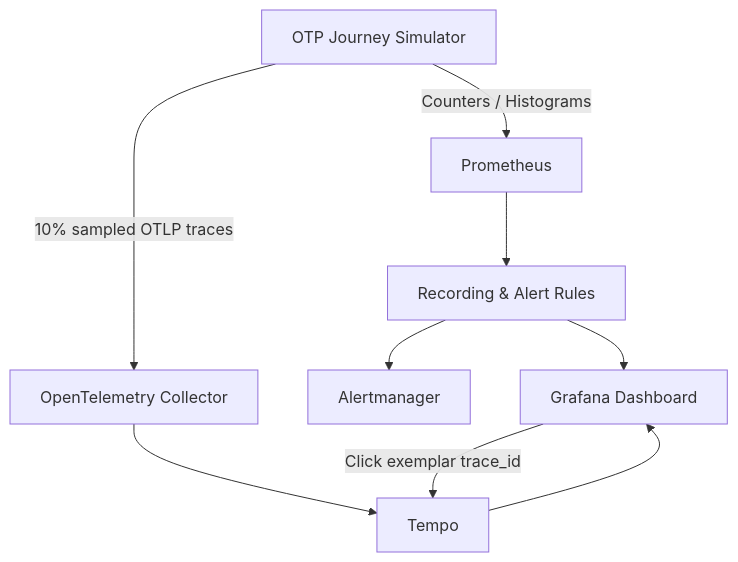
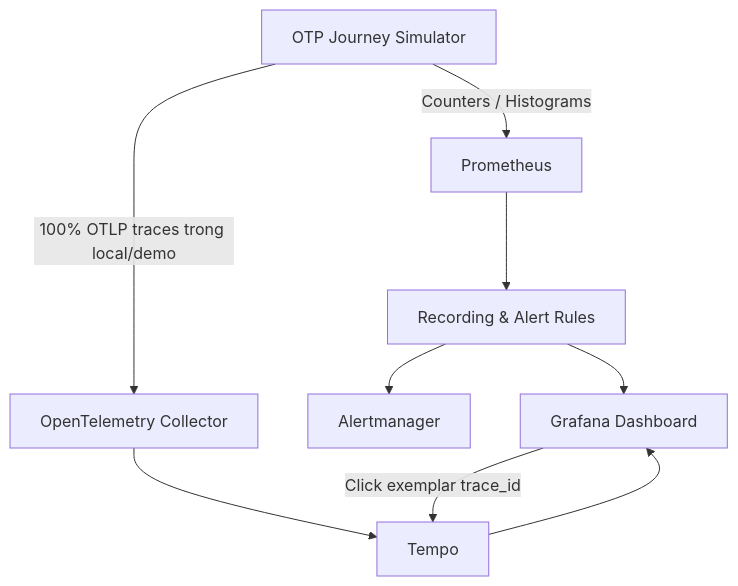
One commit to tuanem051203/V-ID_grafana_monitoring_system changed the third of 7 diagrams in vid-observability-lab/docs/OTP-JOURNEY-MONITORING.md. Above: the diagram before and after it, drawn with Mermaid. The commit also changed other lines of this file and 23 other files, not shown here.

````diff
--- a/vid-observability-lab/docs/OTP-JOURNEY-MONITORING.md
+++ b/vid-observability-lab/docs/OTP-JOURNEY-MONITORING.md
@@ -94,15 +94,15 @@
 ```mermaid
 flowchart TB
     SIM[OTP Journey Simulator]
 
     SIM -->|Counters / Histograms| P[Prometheus]
     P --> RR[Recording & Alert Rules]
     RR --> G[Grafana Dashboard]
     RR --> A[Alertmanager]
 
-    SIM -->|10% sampled OTLP traces| O[OpenTelemetry Collector]
+    SIM -->|100% OTLP traces trong local/demo| O[OpenTelemetry Collector]
     O --> T[Tempo]
     T --> G
 
     G -->|Click exemplar trace_id| T
 ```
````
